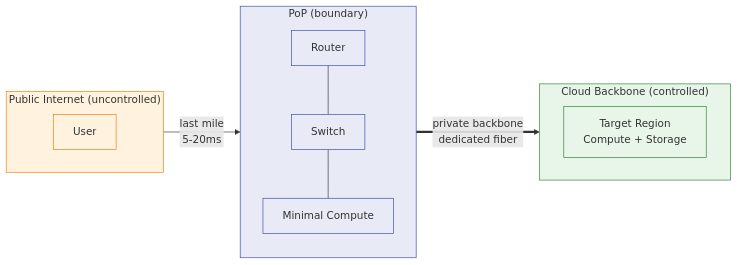
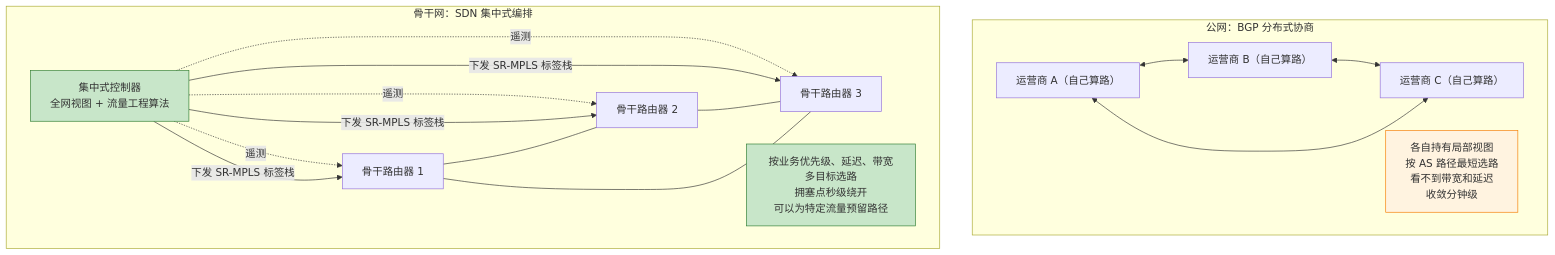
Before and after one commit to caozhiyi/network-book: the fourth of 4 diagrams in docs/24.让流量走更好的路Anycast与云骨干网.md, drawn with Mermaid. The commit also changed other lines of this file and 36 other files, not shown here.

````diff
--- a/docs/24.让流量走更好的路Anycast与云骨干网.md
+++ b/docs/24.让流量走更好的路Anycast与云骨干网.md
@@ -142,33 +137,27 @@
 ```mermaid
-graph LR
-    subgraph PUBLIC["Public Internet (uncontrolled)"]
-        direction LR
-        User["User"]
+graph TB
+    subgraph SG1["公网：BGP 分布式协商"]
+        AS1["运营商 A（自己算路）"] <--> AS2["运营商 B（自己算路）"]
+        AS2 <--> AS3["运营商 C（自己算路）"]
+        AS1 <--> AS3
+        Note1["各自持有局部视图<br/>按 AS 路径最短选路<br/>看不到带宽和延迟<br/>收敛分钟级"]
     end
 
-    subgraph POP["PoP (boundary)"]
-        direction TB
-        Router["Router"]
-        Switch["Switch"]
-        Compute["Minimal Compute"]
+    subgraph SG2["骨干网：SDN 集中式编排"]
+        Controller["集中式控制器<br/>全网视图 + 流量工程算法"]
+        Controller -.遥测.-> R1["骨干路由器 1"]
+        Controller -.遥测.-> R2["骨干路由器 2"]
+        Controller -.遥测.-> R3["骨干路由器 3"]
+        Controller -->|"下发 SR-MPLS 标签栈"| R1
+        Controller -->|"下发 SR-MPLS 标签栈"| R2
+        Controller -->|"下发 SR-MPLS 标签栈"| R3
+        R1 --- R2
+        R2 --- R3
+        R1 --- R3
+        Note2["按业务优先级、延迟、带宽多目标选路<br/>拥塞点秒级绕开<br/>可以为特定流量预留路径"]
     end
 
-    subgraph BACKBONE["Cloud Backbone (controlled)"]
-        direction LR
-        Region["Target Region<br/>Compute + Storage"]
-    end
-
-    User -->|"last mile<br/>5-20ms"| Router
-    Router --- Switch
-    Switch --- Compute
-    Switch ==>|"private backbone<br/>dedicated fiber"| Region
-
-    style PUBLIC fill:#fff3e0,stroke:#f57c00
-    style POP fill:#e8eaf6,stroke:#3949ab
-    style BACKBONE fill:#e8f5e9,stroke:#2e7d32
-    style User fill:#fff3e0,stroke:#f57c00
-    style Router fill:#e8eaf6,stroke:#3949ab
-    style Switch fill:#e8eaf6,stroke:#3949ab
-    style Compute fill:#e8eaf6,stroke:#3949ab
-    style Region fill:#e8f5e9,stroke:#2e7d32
+    style Controller fill:#c8e6c9,stroke:#2e7d32
+    style Note1 fill:#fff3e0,stroke:#f57c00
+    style Note2 fill:#c8e6c9,stroke:#2e7d32
 ```
````
